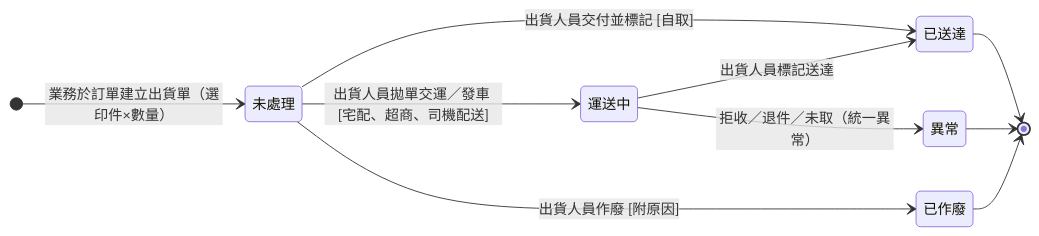
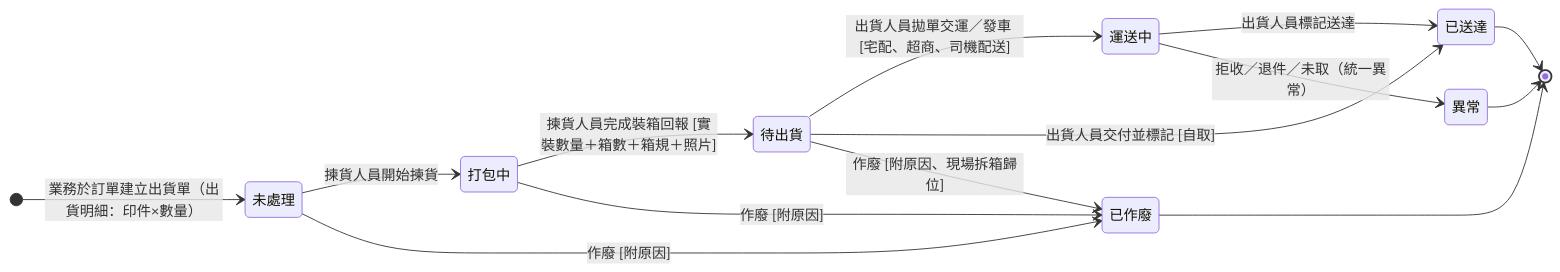
Before and after one commit to Kawato-Miles/erp-spec: the diagram in memory/Sens_wiki/wiki/erp/06-state-machines/出貨單狀態.md, drawn with Mermaid. The commit also changed other lines of this file and 6 other files, not shown here.

````diff
--- a/memory/Sens_wiki/wiki/erp/06-state-machines/出貨單狀態.md
+++ b/memory/Sens_wiki/wiki/erp/06-state-machines/出貨單狀態.md
@@ -42,22 +44,28 @@
 ```mermaid
 stateDiagram-v2
     direction LR
 
-    [*] --> s_pending : 業務於訂單建立出貨單（選印件×數量）
+    [*] --> s_pending : 業務於訂單建立出貨單（出貨明細：印件×數量）
 
     state "未處理" as s_pending
+    state "打包中" as s_packing
+    state "待出貨" as s_packed
     state "運送中" as s_shipping
     state "已送達" as s_arrived
     state "異常" as s_failed
     state "已作廢" as s_void
 
-    s_pending --> s_shipping : 出貨人員拋單交運／發車 [宅配、超商、司機配送]
-    s_pending --> s_arrived : 出貨人員交付並標記 [自取]
+    s_pending --> s_packing : 揀貨人員開始揀貨
+    s_packing --> s_packed : 揀貨人員完成裝箱回報 [實裝數量＋箱數＋箱規＋照片]
+    s_packed --> s_shipping : 出貨人員拋單交運／發車 [宅配、超商、司機配送]
+    s_packed --> s_arrived : 出貨人員交付並標記 [自取]
     s_shipping --> s_arrived : 出貨人員標記送達
     s_shipping --> s_failed : 拒收／退件／未取（統一異常）
-    s_pending --> s_void : 出貨人員作廢 [附原因]
+    s_pending --> s_void : 作廢 [附原因]
+    s_packing --> s_void : 作廢 [附原因]
+    s_packed --> s_void : 作廢 [附原因、現場拆箱歸位]
 
     s_arrived --> [*]
     s_failed --> [*]
     s_void --> [*]
 ```
````
